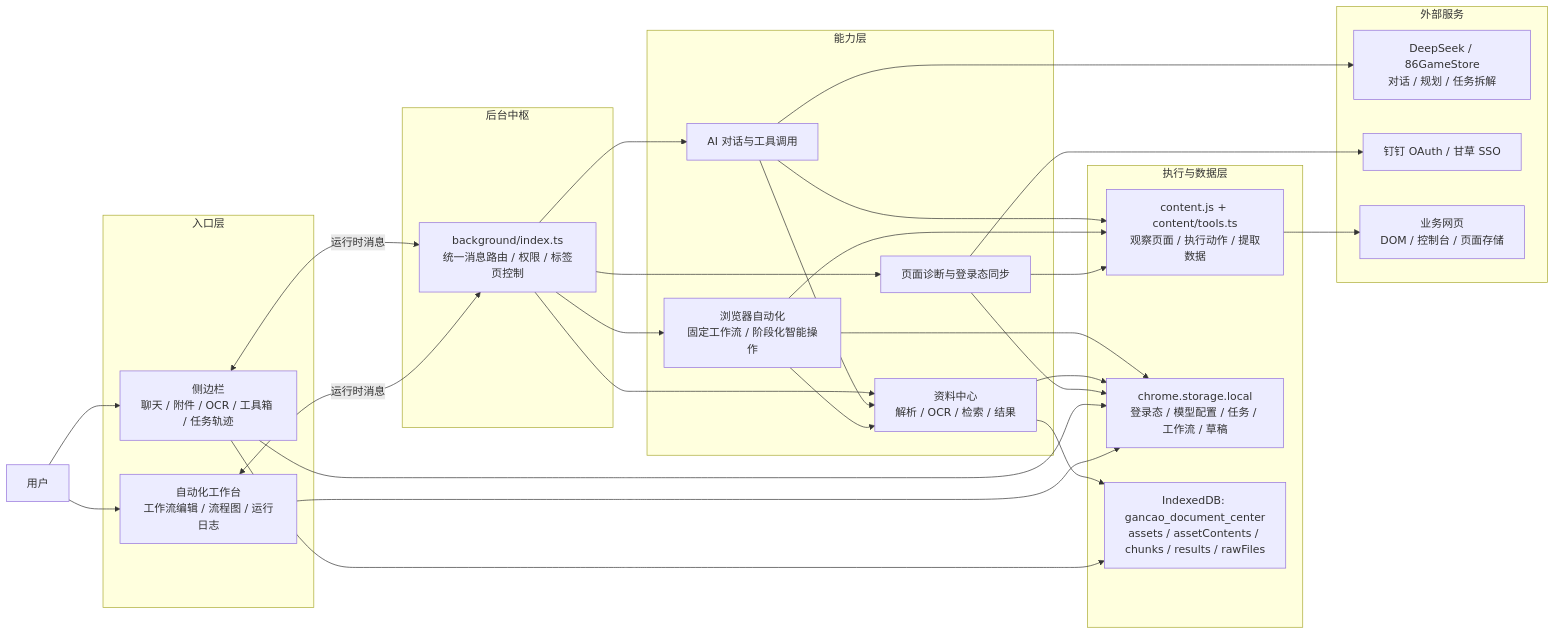
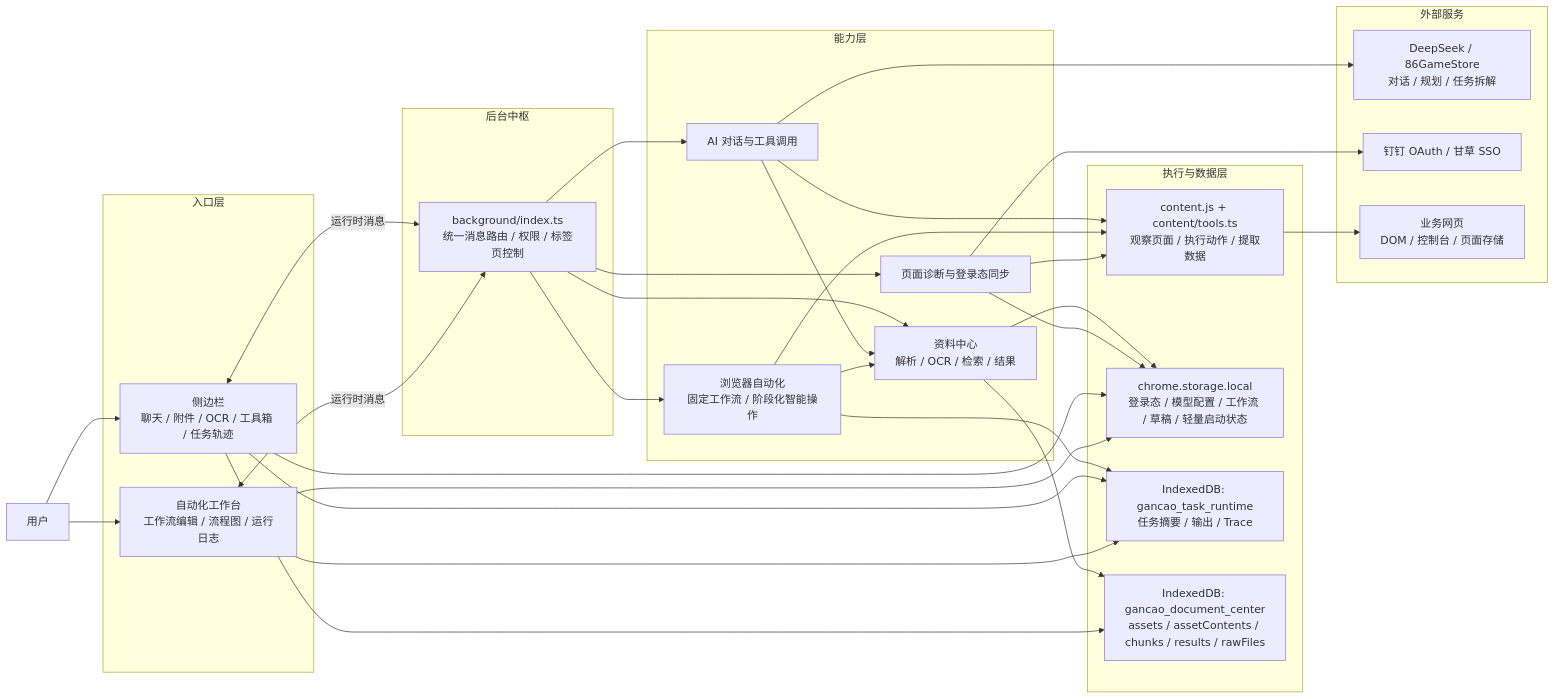
Before and after one commit to Clearlovesixteen/gancao-colipot: the first of 6 diagrams in docs/architecture.md, drawn with Mermaid. The commit also changed 6 other files, not shown here.

````diff
--- a/docs/architecture.md
+++ b/docs/architecture.md
@@ -43,63 +43,66 @@
 ```mermaid
 flowchart LR
   User["用户"]
 
   subgraph Entry["入口层"]
     SidePanel["侧边栏<br/>聊天 / 附件 / OCR / 工具箱 / 任务轨迹"]
     Dashboard["自动化工作台<br/>工作流编辑 / 流程图 / 运行日志"]
   end
 
   subgraph Hub["后台中枢"]
     Background["background/index.ts<br/>统一消息路由 / 权限 / 标签页控制"]
   end
 
   subgraph Capability["能力层"]
     ChatAI["AI 对话与工具调用"]
     BrowserAuto["浏览器自动化<br/>固定工作流 / 阶段化智能操作"]
     DocCenter["资料中心<br/>解析 / OCR / 检索 / 结果"]
     Diagnostics["页面诊断与登录态同步"]
   end
 
   subgraph RuntimeData["执行与数据层"]
     Content["content.js + content/tools.ts<br/>观察页面 / 执行动作 / 提取数据"]
-    ChromeStorage["chrome.storage.local<br/>登录态 / 模型配置 / 任务 / 工作流 / 草稿"]
+    ChromeStorage["chrome.storage.local<br/>登录态 / 模型配置 / 工作流 / 草稿 / 轻量启动状态"]
+    TaskRepository["IndexedDB: gancao_task_runtime<br/>任务摘要 / 输出 / Trace"]
     IndexedDB["IndexedDB: gancao_document_center<br/>assets / assetContents / chunks / results / rawFiles"]
   end
 
   subgraph External["外部服务"]
     LLM["DeepSeek / 86GameStore<br/>对话 / 规划 / 任务拆解"]
     DingTalk["钉钉 OAuth / 甘草 SSO"]
     WebPage["业务网页<br/>DOM / 控制台 / 页面存储"]
   end
 
   User --> SidePanel
   User --> Dashboard
 
   SidePanel <-->|"运行时消息"| Background
   Dashboard <-->|"运行时消息"| Background
 
   Background --> ChatAI
   Background --> BrowserAuto
   Background --> DocCenter
   Background --> Diagnostics
 
   ChatAI --> LLM
   ChatAI --> DocCenter
   ChatAI --> Content
 
   BrowserAuto --> Content
   BrowserAuto --> DocCenter
-  BrowserAuto --> ChromeStorage
+  BrowserAuto --> TaskRepository
 
   DocCenter --> IndexedDB
   DocCenter --> ChromeStorage
 
   Diagnostics --> Content
   Diagnostics --> ChromeStorage
   Diagnostics --> DingTalk
 
   Content --> WebPage
   SidePanel --> ChromeStorage
   Dashboard --> ChromeStorage
+  SidePanel --> TaskRepository
+  Dashboard --> TaskRepository
   SidePanel --> IndexedDB
 ```
````
